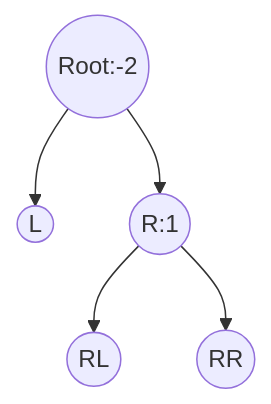
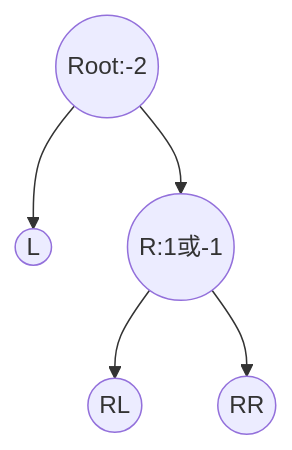
One commit to yuzheng14/ds-wangdao changed the tenth of 12 diagrams in chapter7-search/README.md. Above: the diagram before and after it, drawn with Mermaid. The commit also changed other lines of this file, not shown here.

Commit message:
完成算法图解

````diff
--- a/chapter7-search/README.md
+++ b/chapter7-search/README.md
@@ -89,7 +99,7 @@
       ```mermaid
       flowchart TD
       	Rt((Root:-2))-->L((L))
-      	Rt-->R((R:1))
+      	Rt-->R((R:1或-1))
       	R-->RL((RL))
       	R-->RR((RR))
       ```
````
